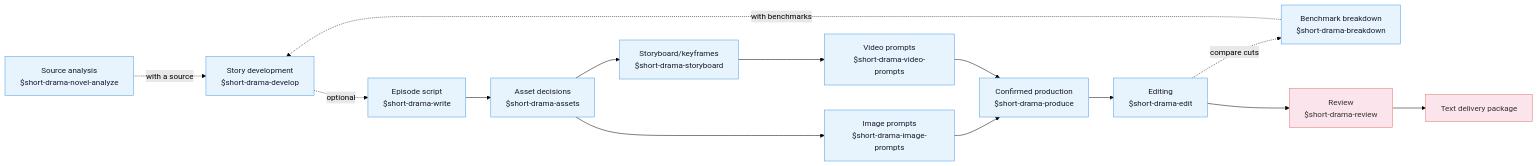
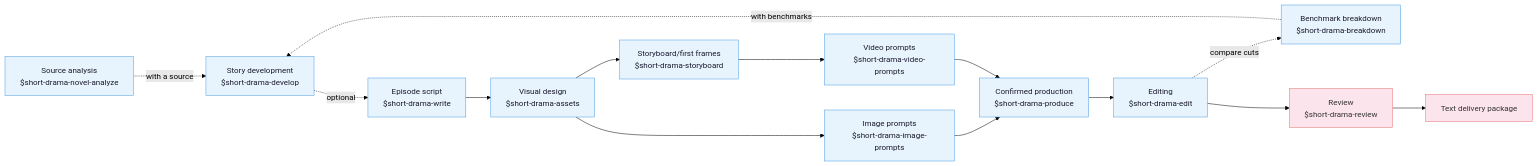
The diagram in README_EN.md (zenstory-ai/drama-skills), drawn with Mermaid (forest theme) before and after one commit. The commit also changed other lines of this file and 263 other files, not shown here.

````diff
--- a/README_EN.md
+++ b/README_EN.md
@@ -268,28 +268,28 @@
 ```mermaid
 flowchart LR
     classDef phase fill:#e8f4fd,color:#1a1a2e,stroke:#4a9be8,stroke-width:1px
     classDef final fill:#fce4ec,color:#333,stroke:#e57373,stroke-width:1px
 
     nva["Source analysis<br/>$short-drama-novel-analyze"]:::phase
     brk["Benchmark breakdown<br/>$short-drama-breakdown"]:::phase
     dev["Story development<br/>$short-drama-develop"]:::phase
     write["Episode script<br/>$short-drama-write"]:::phase
-    assets["Asset decisions<br/>$short-drama-assets"]:::phase
+    assets["Visual design<br/>$short-drama-assets"]:::phase
     img["Image prompts<br/>$short-drama-image-prompts"]:::phase
-    sb["Storyboard/keyframes<br/>$short-drama-storyboard"]:::phase
+    sb["Storyboard/first frames<br/>$short-drama-storyboard"]:::phase
     vid["Video prompts<br/>$short-drama-video-prompts"]:::phase
     prod["Confirmed production<br/>$short-drama-produce"]:::phase
     cut["Editing<br/>$short-drama-edit"]:::phase
     rev["Review<br/>$short-drama-review"]:::final
     pkg["Text delivery package"]:::final
 
     nva -.with a source.-> dev
     brk -.with benchmarks.-> dev
     cut -.compare cuts.-> brk
     dev -.optional.-> write --> assets
     assets --> img
     assets --> sb --> vid
     img --> prod
     vid --> prod
     prod --> cut --> rev --> pkg
 ```
````
